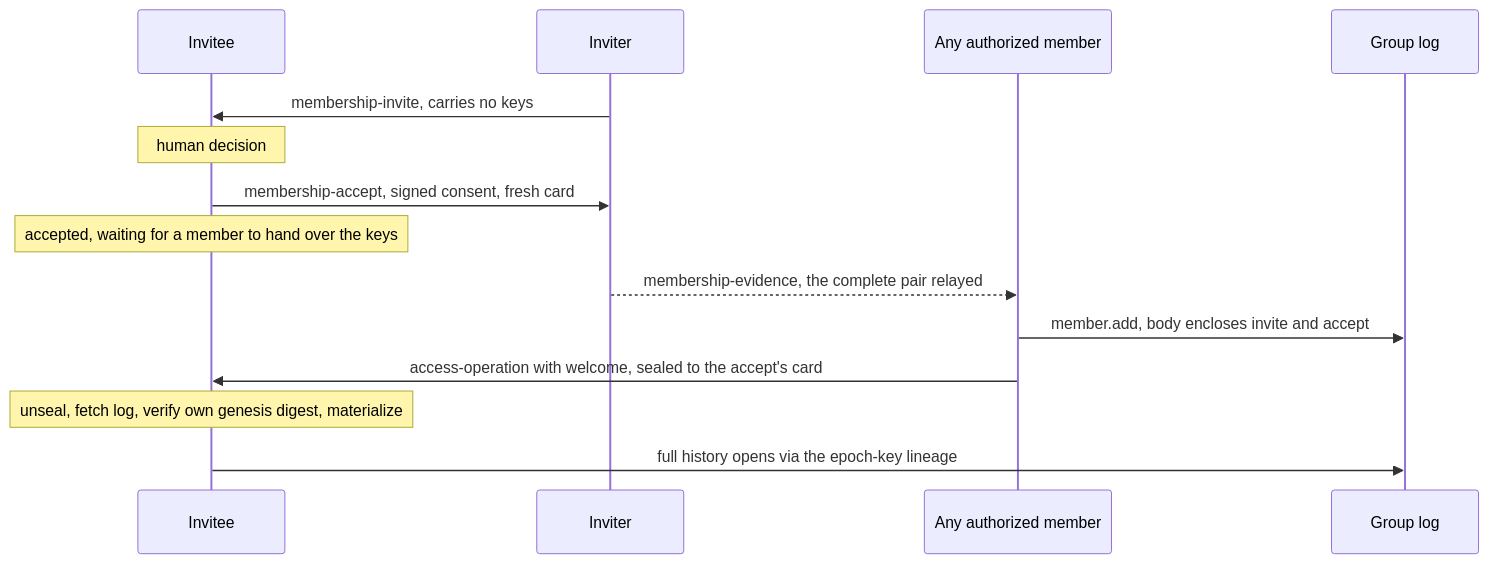
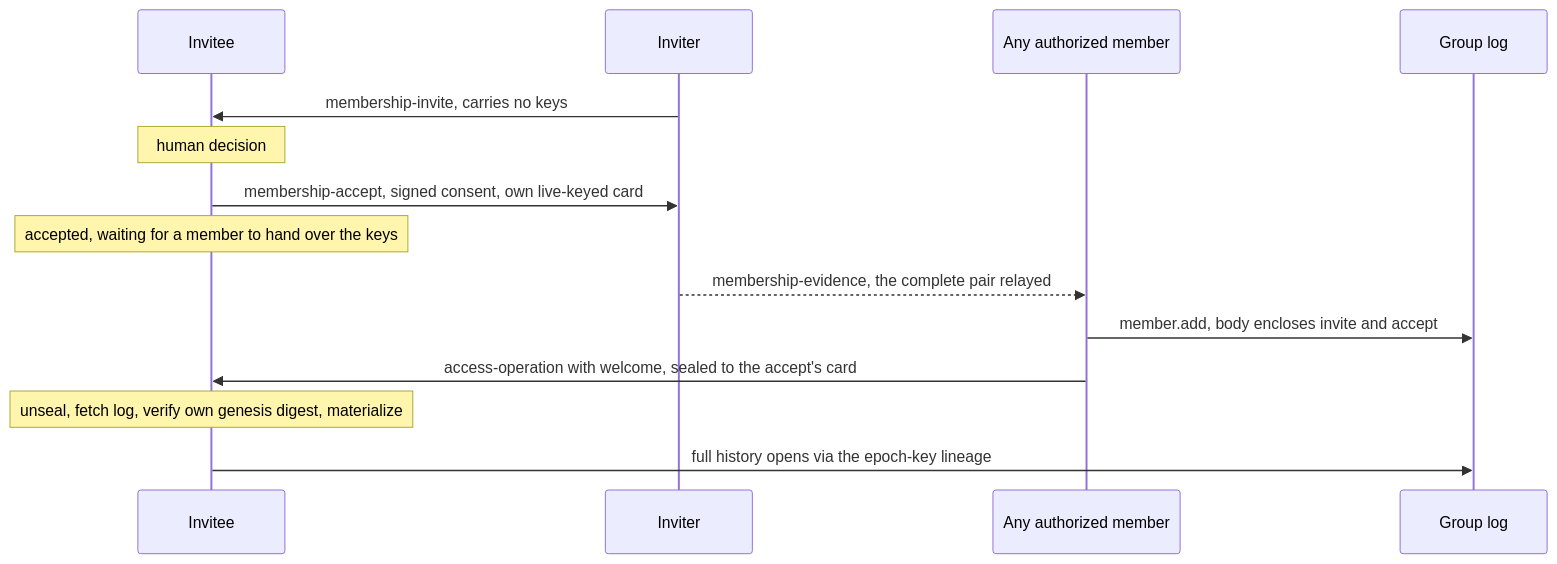
Before and after one commit to real-life-org/rltp-spec: the first of 2 diagrams in spec/membership-tasks.md, drawn with Mermaid. The commit also changed other lines of this file and 9 other files, not shown here.

````diff
--- a/spec/membership-tasks.md
+++ b/spec/membership-tasks.md
@@ -100,16 +155,16 @@
 ```mermaid
 sequenceDiagram
     participant I as Invitee
     participant V as Inviter
     participant M as Any authorized member
     participant L as Group log
     V->>I: membership-invite, carries no keys
     Note over I: human decision
-    I->>V: membership-accept, signed consent, fresh card
+    I->>V: membership-accept, signed consent, own live-keyed card
     Note over I: accepted, waiting for a member to hand over the keys
     V-->>M: membership-evidence, the complete pair relayed
     M->>L: member.add, body encloses invite and accept
     M->>I: access-operation with welcome, sealed to the accept's card
     Note over I: unseal, fetch log, verify own genesis digest, materialize
     I->>L: full history opens via the epoch-key lineage
 ```
````
